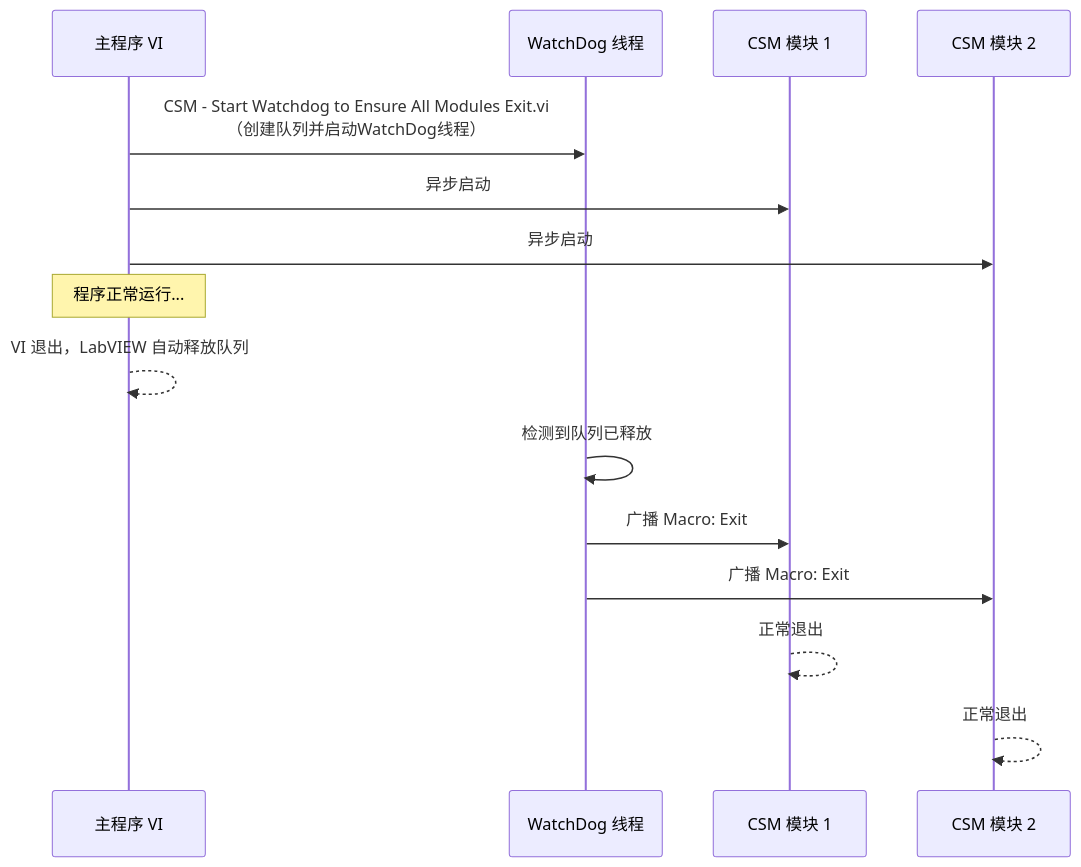
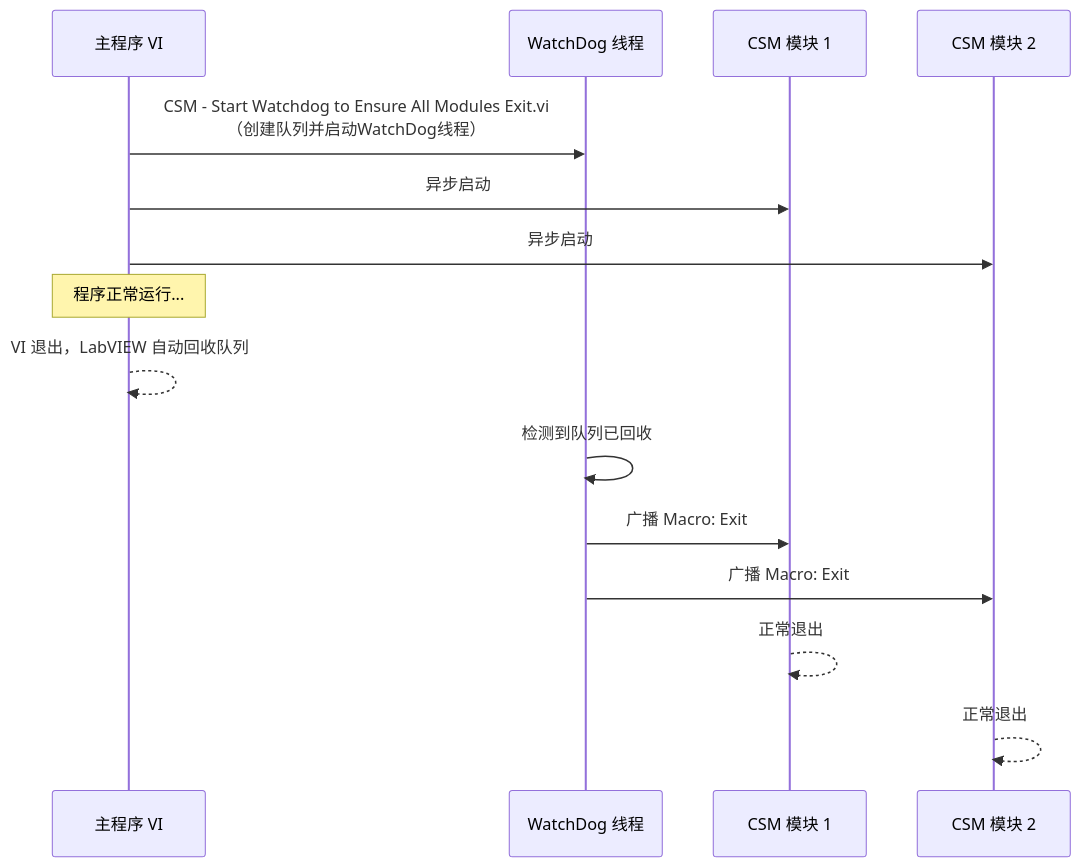
Before and after one commit to NEVSTOP-LAB/CSM-Wiki: the first of 2 diagrams in docs/plugins/watchdog.md, drawn with Mermaid. The commit also changed other lines of this file, not shown here.

````diff
--- a/docs/plugins/watchdog.md
+++ b/docs/plugins/watchdog.md
@@ -30,18 +33,18 @@
 ```mermaid
 sequenceDiagram
     participant Main as 主程序 VI
     participant WD as WatchDog 线程
     participant M1 as CSM 模块 1
     participant M2 as CSM 模块 2
 
     Main->>WD: CSM - Start Watchdog to Ensure All Modules Exit.vi<br/>（创建队列并启动WatchDog线程）
     Main->>M1: 异步启动
     Main->>M2: 异步启动
     Note over Main: 程序正常运行...
-    Main-->>Main: VI 退出，LabVIEW 自动释放队列
-    WD->>WD: 检测到队列已释放
+    Main-->>Main: VI 退出，LabVIEW 自动回收队列
+    WD->>WD: 检测到队列已回收
     WD->>M1: 广播 Macro: Exit
     WD->>M2: 广播 Macro: Exit
     M1-->>M1: 正常退出
     M2-->>M2: 正常退出
 ```
````
